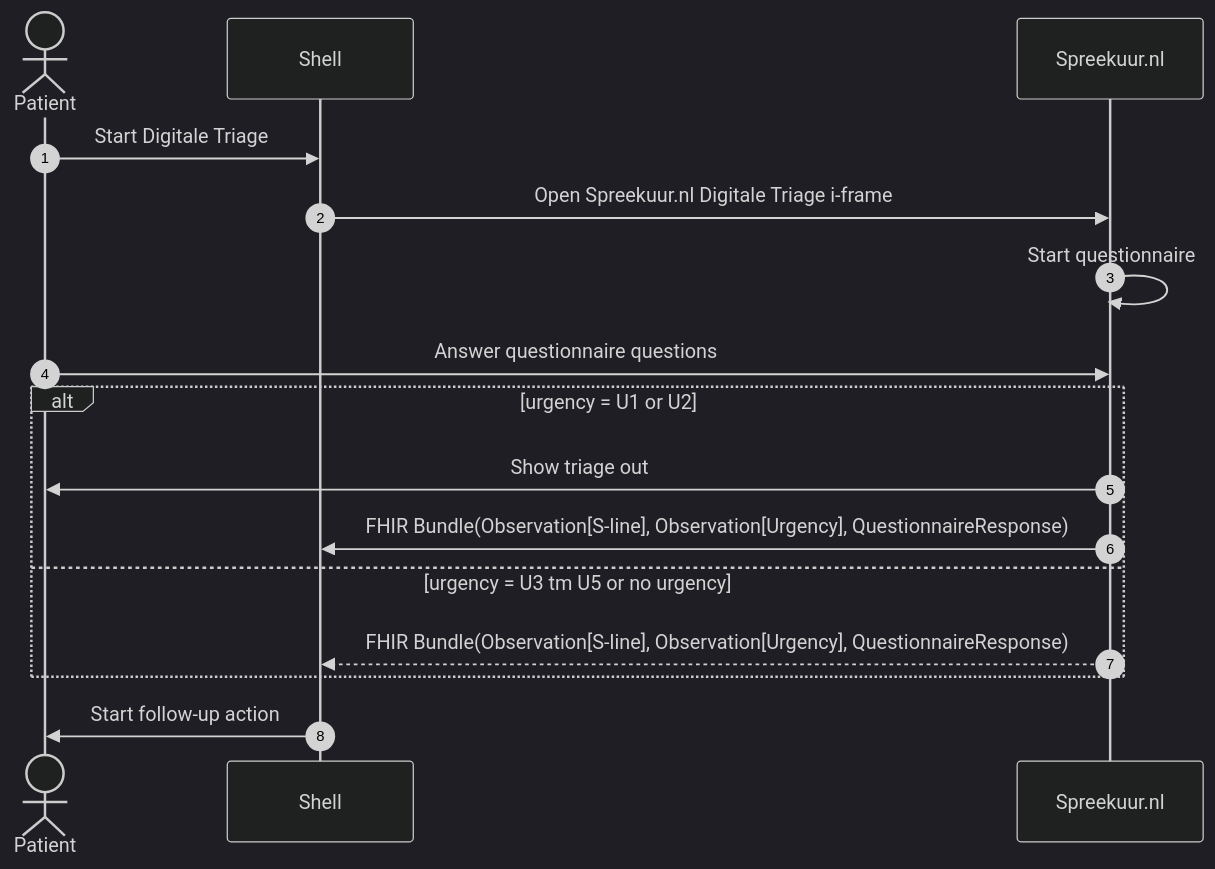
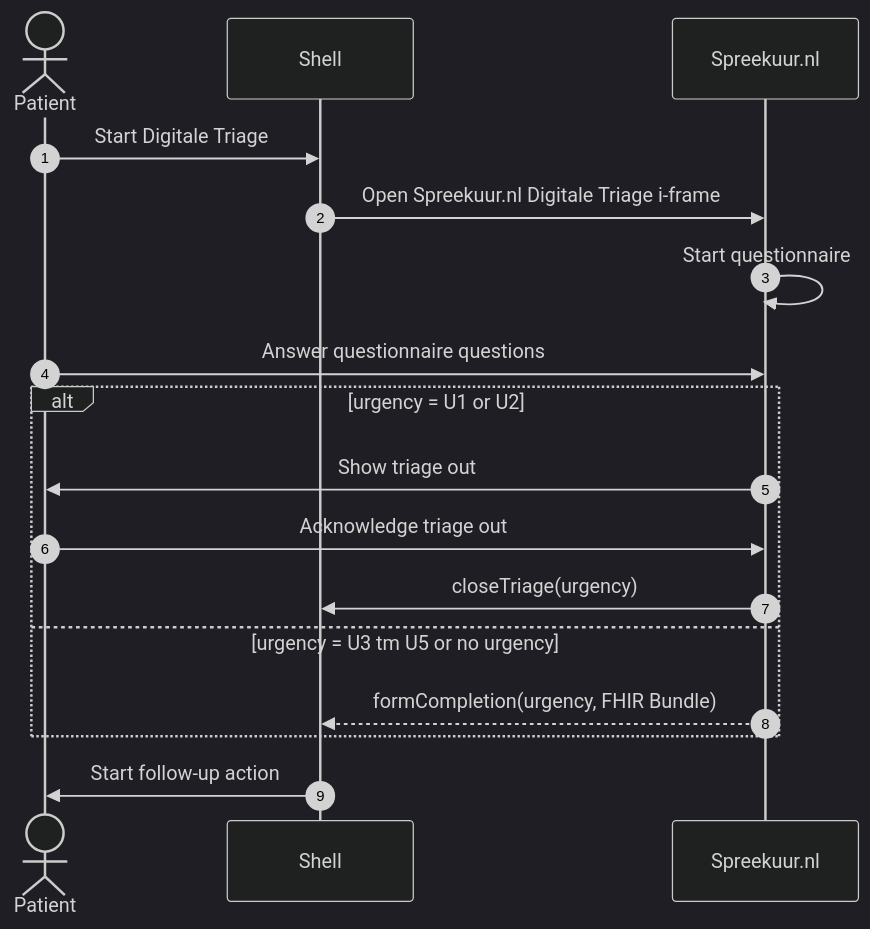
The diagram in docs/features/digitale-triage/digitale-triage.md (topicushealthcare/spreekuur-docs), drawn with Mermaid (dark theme) before and after one commit. The commit also changed other lines of this file and 2 other files, not shown here.

Commit message:
SCON-9390-improve-documentation-of-digitale-triage

````diff
--- a/docs/features/digitale-triage/digitale-triage.md
+++ b/docs/features/digitale-triage/digitale-triage.md
@@ -23,19 +23,20 @@
 ```mermaid
 sequenceDiagram
     autonumber
     actor P as Patient
     participant shell as Shell
     participant SU as Spreekuur.nl
 
     P->>shell: Start Digitale Triage
     shell->>SU: Open Spreekuur.nl Digitale Triage i-frame
     SU->>SU: Start questionnaire
     P->>SU: Answer questionnaire questions
     alt urgency = U1 or U2
         SU->>P: Show triage out
-        SU->>shell: FHIR Bundle(Observation[S-line], Observation[Urgency], QuestionnaireResponse)
+        P->>SU: Acknowledge triage out
+        SU->>shell: closeTriage(urgency)
     else urgency = U3 tm U5 or no urgency
-        SU-->>shell: FHIR Bundle(Observation[S-line], Observation[Urgency], QuestionnaireResponse)
+        SU-->>shell: formCompletion(urgency, FHIR Bundle)
     end
     shell->>P: Start follow-up action
 ```
````
